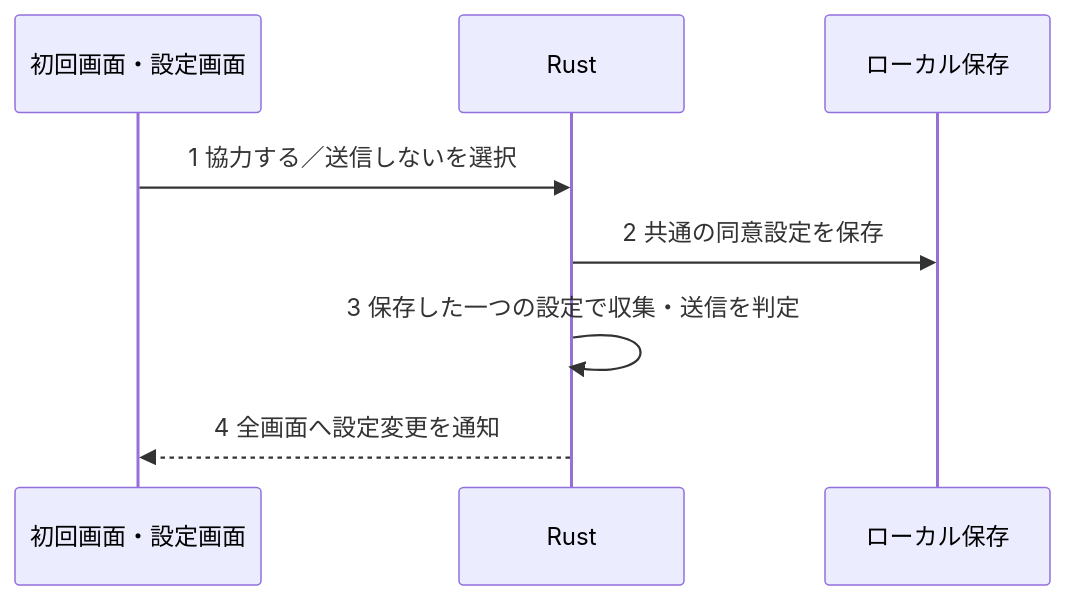
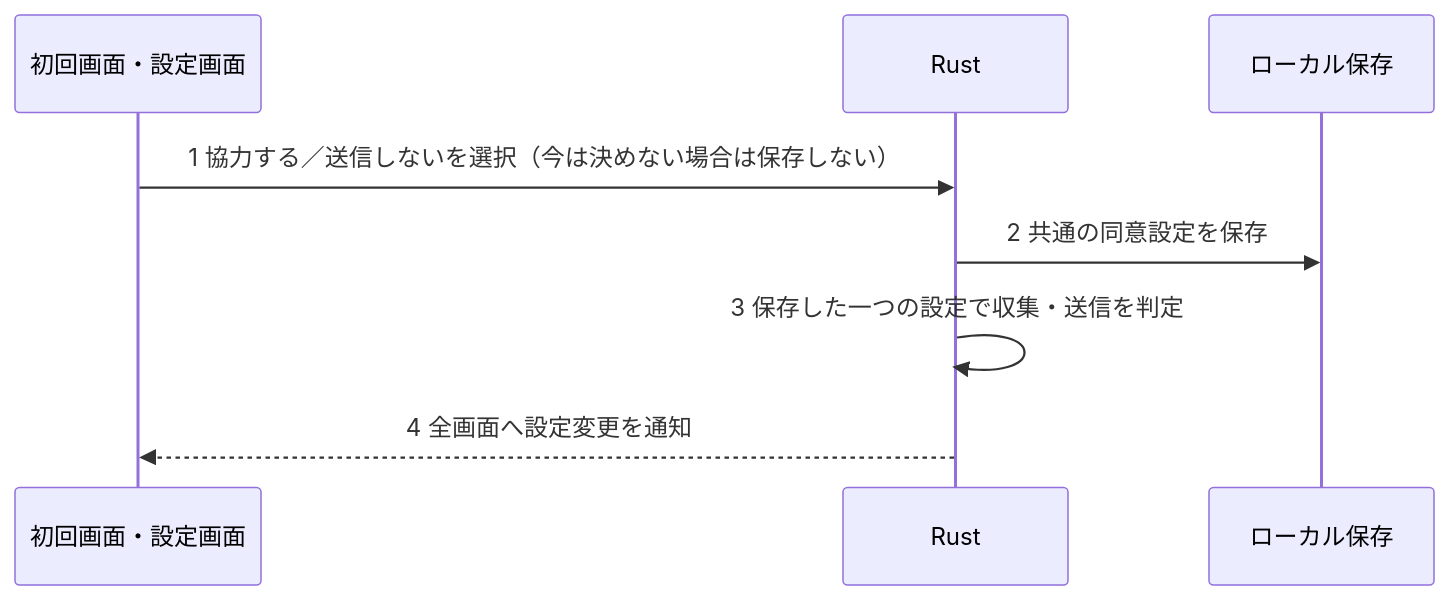
The second of 4 diagrams in docs-v2/009_MEMBERSHIP.md (ore-no-fusen/ore-no-fusen), drawn with Mermaid before and after one commit. The commit also changed other lines of this file and 3 other files, not shown here.

````diff
--- a/docs-v2/009_MEMBERSHIP.md
+++ b/docs-v2/009_MEMBERSHIP.md
@@ -71,10 +72,10 @@
 ```mermaid
 sequenceDiagram
     participant UI as 初回画面・設定画面
     participant Rust as Rust
     participant Store as ローカル保存
-    UI->>Rust: 1 協力する／送信しないを選択
+    UI->>Rust: 1 協力する／送信しないを選択（今は決めない場合は保存しない）
     Rust->>Store: 2 共通の同意設定を保存
     Rust->>Rust: 3 保存した一つの設定で収集・送信を判定
     Rust-->>UI: 4 全画面へ設定変更を通知
 ```
````
